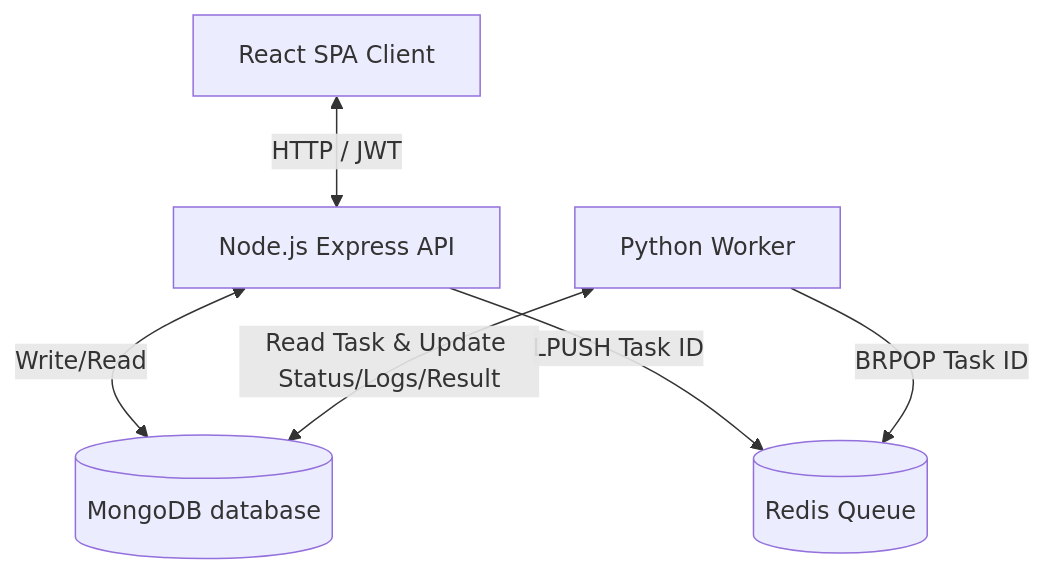
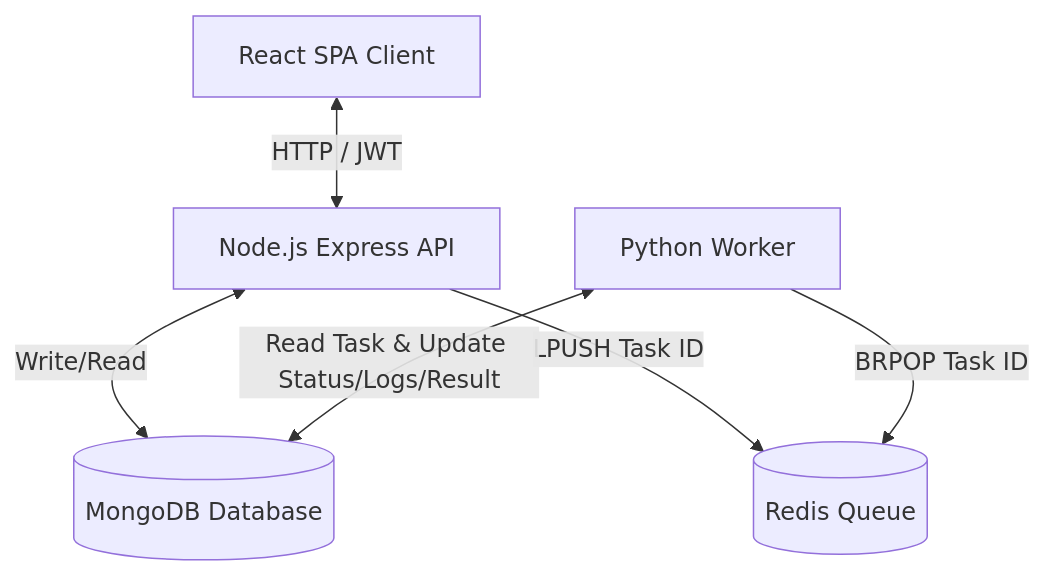
The diagram in architecture.md (Arshshikha/AI-Task-Processor), drawn with Mermaid before and after one commit. The commit also changed other lines of this file and 1 other file, not shown here.

Commit message:
docs: expand system architecture design and add cloud deployment guide

````diff
--- a/architecture.md
+++ b/architecture.md
@@ -14,8 +16,8 @@
 ```mermaid
 graph TD
     Client[React SPA Client] <-->|HTTP / JWT| API[Node.js Express API]
-    API <-->|Write/Read| DB[(MongoDB database)]
+    API <-->|Write/Read| DB[(MongoDB Database)]
     API -->|LPUSH Task ID| Queue[(Redis Queue)]
     Worker[Python Worker] -->|BRPOP Task ID| Queue
     Worker <-->|Read Task & Update Status/Logs/Result| DB
 ```
````
